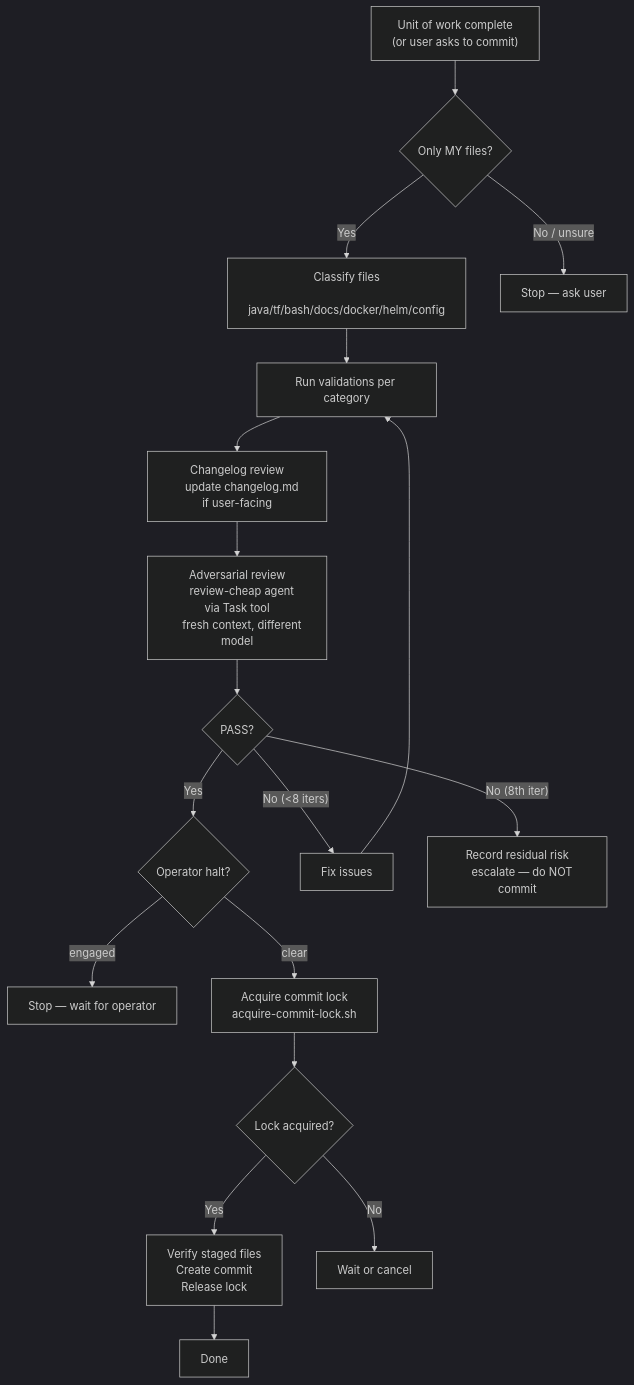
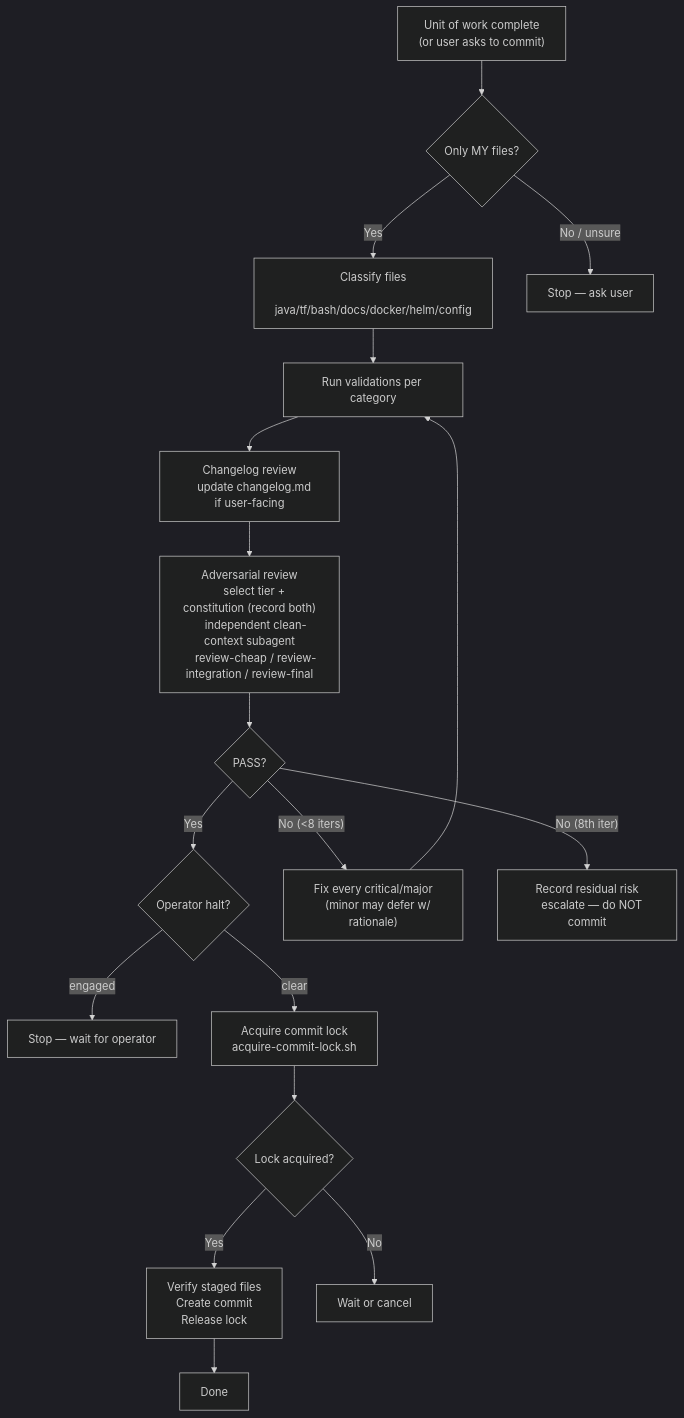
One commit to sean8601/mockserver-monorepo changed the diagram in .opencode/rules/commit-workflow.md. Above: the diagram before and after it, drawn with Mermaid (dark theme). The commit also changed other lines of this file and 7 other files, not shown here.

First line of the commit message:
chore(rules): wire layered review, clean-context independence, must-fix model into the gate chain

````diff
--- a/.opencode/rules/commit-workflow.md
+++ b/.opencode/rules/commit-workflow.md
@@ -242,28 +255,30 @@
 ```mermaid
 flowchart TD
     A["Unit of work complete
     (or user asks to commit)"] --> B{Only MY files?}
     B -->|Yes| C["Classify files
     java/tf/bash/docs/docker/helm/config"]
     B -->|No / unsure| STOP["Stop — ask user"]
     C --> D["Run validations per category"]
     D --> CL["Changelog review
     update changelog.md if user-facing"]
     CL --> E["Adversarial review
-    review-cheap agent via Task tool
-    fresh context, different model"]
+    select tier + constitution (record both)
+    independent clean-context subagent
+    review-cheap / review-integration / review-final"]
     E --> F{PASS?}
     F -->|Yes| HALT{"Operator halt?"}
     HALT -->|"engaged"| HSTOP["Stop — wait for operator"]
     HALT -->|"clear"| G["Acquire commit lock
     acquire-commit-lock.sh"]
-    F -->|"No (<8 iters)"| H["Fix issues"] --> D
+    F -->|"No (<8 iters)"| H["Fix every critical/major
+    (minor may defer w/ rationale)"] --> D
     F -->|"No (8th iter)"| CAP["Record residual risk
     escalate — do NOT commit"]
     G --> I{Lock acquired?}
     I -->|Yes| J["Verify staged files
     Create commit
     Release lock"]
     I -->|No| WAIT["Wait or cancel"]
     J --> DONE["Done"]
 ```
````
